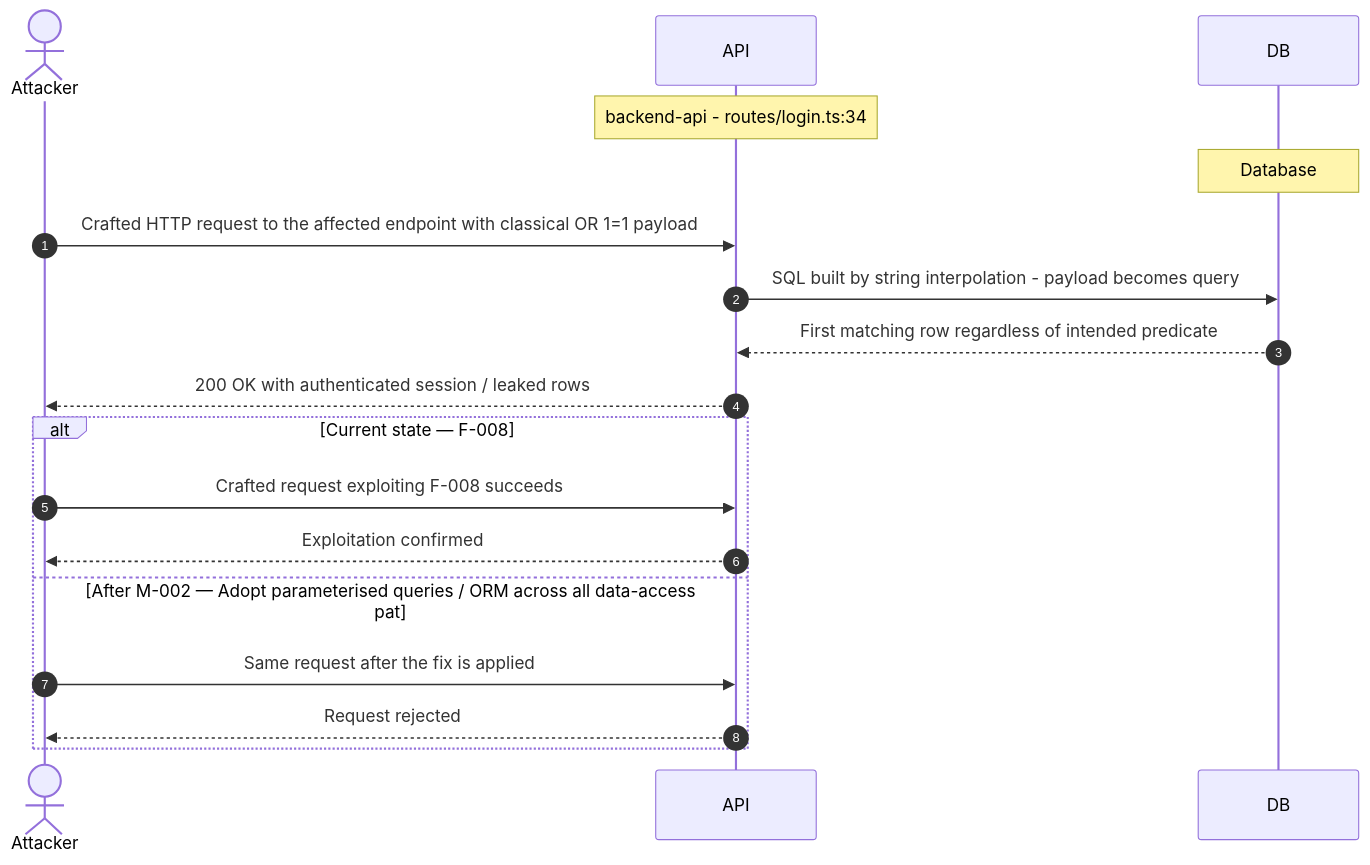
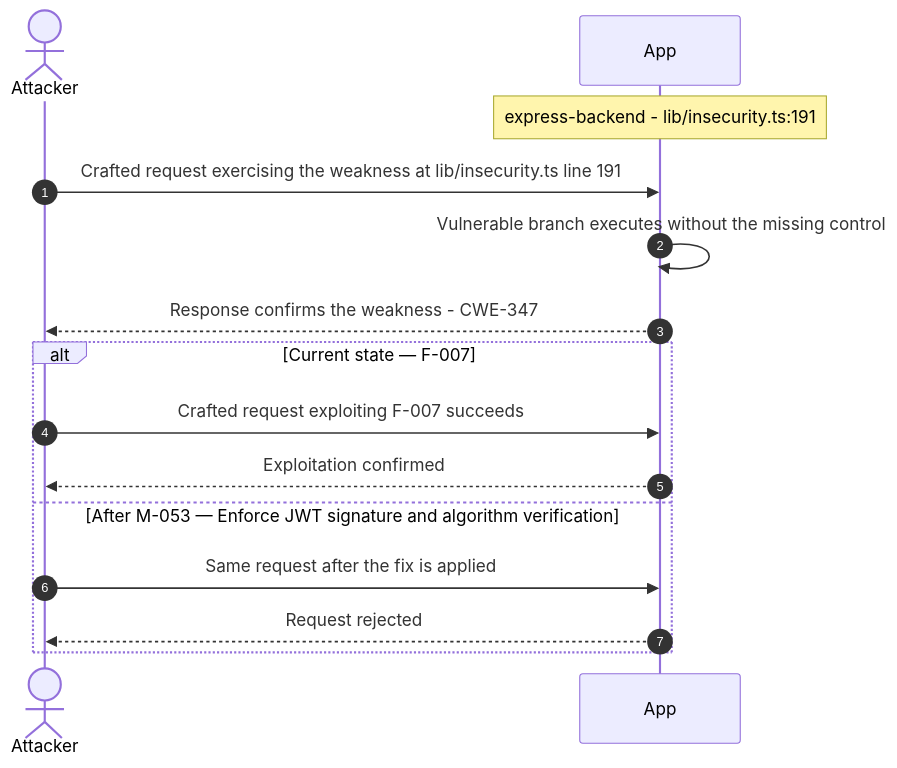
Before and after one commit to appsec-foundry/appsec-advisor: diagram 11 of 28 in examples/threat-modeler/threat-model-juice-shop-standard.md, drawn with Mermaid. The commit also changed other lines of this file and 12 other files, not shown here.

````diff
--- a/examples/threat-modeler/threat-model-juice-shop-standard.md
+++ b/examples/threat-modeler/threat-model-juice-shop-standard.md
@@ -701,20 +663,17 @@
 ```mermaid
 sequenceDiagram
     autonumber
     actor Attacker
-    participant API
-    participant DB
-    Note over API: backend-api - routes/login.ts:34
-    Note over DB: Database
-    Attacker->>API: Crafted HTTP request to the affected endpoint with classical OR 1=1 payload
-    API->>DB: SQL built by string interpolation - payload becomes query
-    DB-->>API: First matching row regardless of intended predicate
-    API-->>Attacker: 200 OK with authenticated session / leaked rows
-    alt Current state — F-008
-        Attacker->>API: Crafted request exploiting F-008 succeeds
-        API-->>Attacker: Exploitation confirmed
-    else After M-002 — Adopt parameterised queries / ORM across all data-access pat
-        Attacker->>API: Same request after the fix is applied
-        API-->>Attacker: Request rejected
+    participant App
+    Note over App: express-backend - lib/insecurity.ts:191
+    Attacker->>App: Crafted request exercising the weakness at lib/insecurity.ts line 191
+    App->>App: Vulnerable branch executes without the missing control
+    App-->>Attacker: Response confirms the weakness - CWE-347
+    alt Current state — F-007
+        Attacker->>App: Crafted request exploiting F-007 succeeds
+        App-->>Attacker: Exploitation confirmed
+    else After M-053 — Enforce JWT signature and algorithm verification
+        Attacker->>App: Same request after the fix is applied
+        App-->>Attacker: Request rejected
     end
 ```
````
